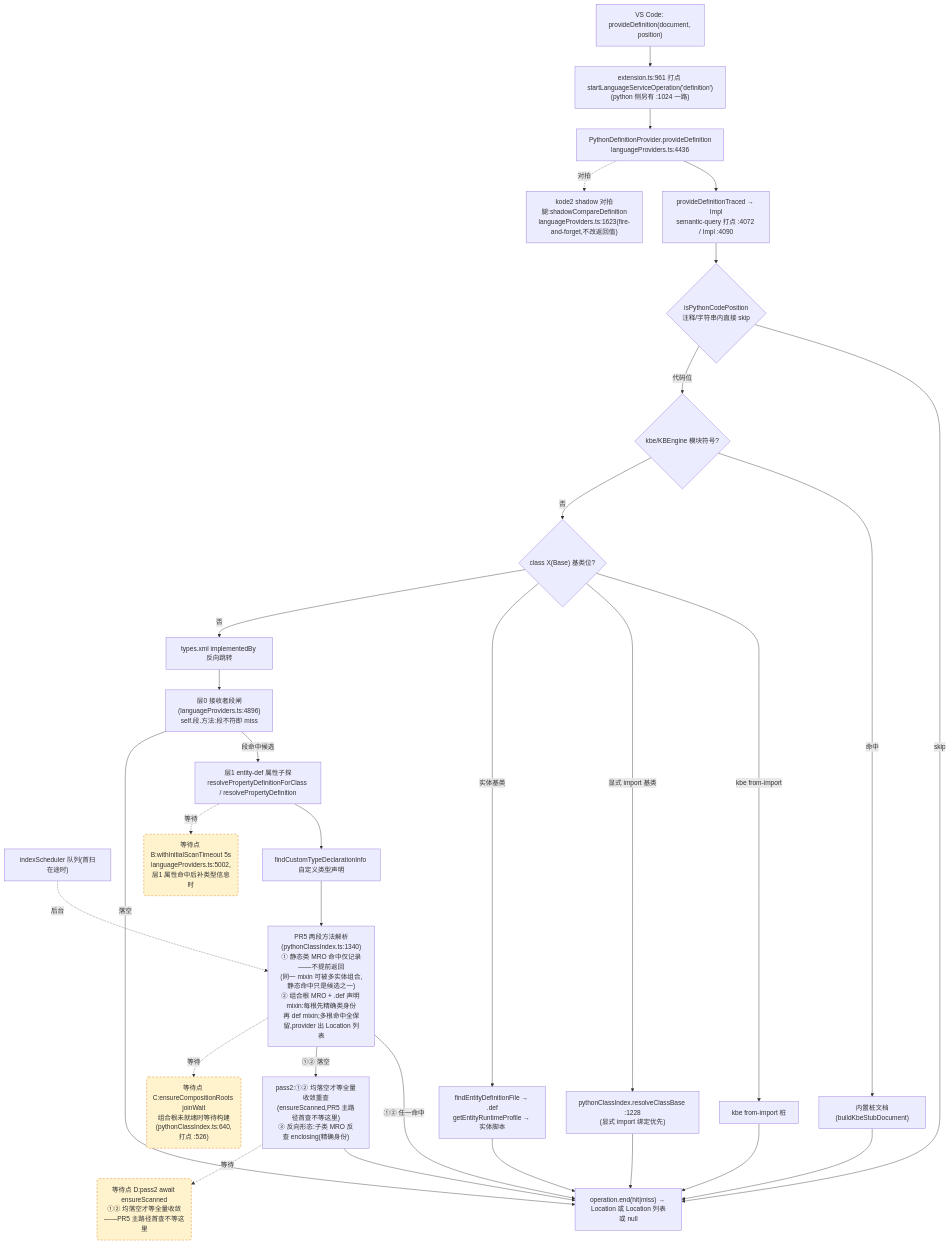
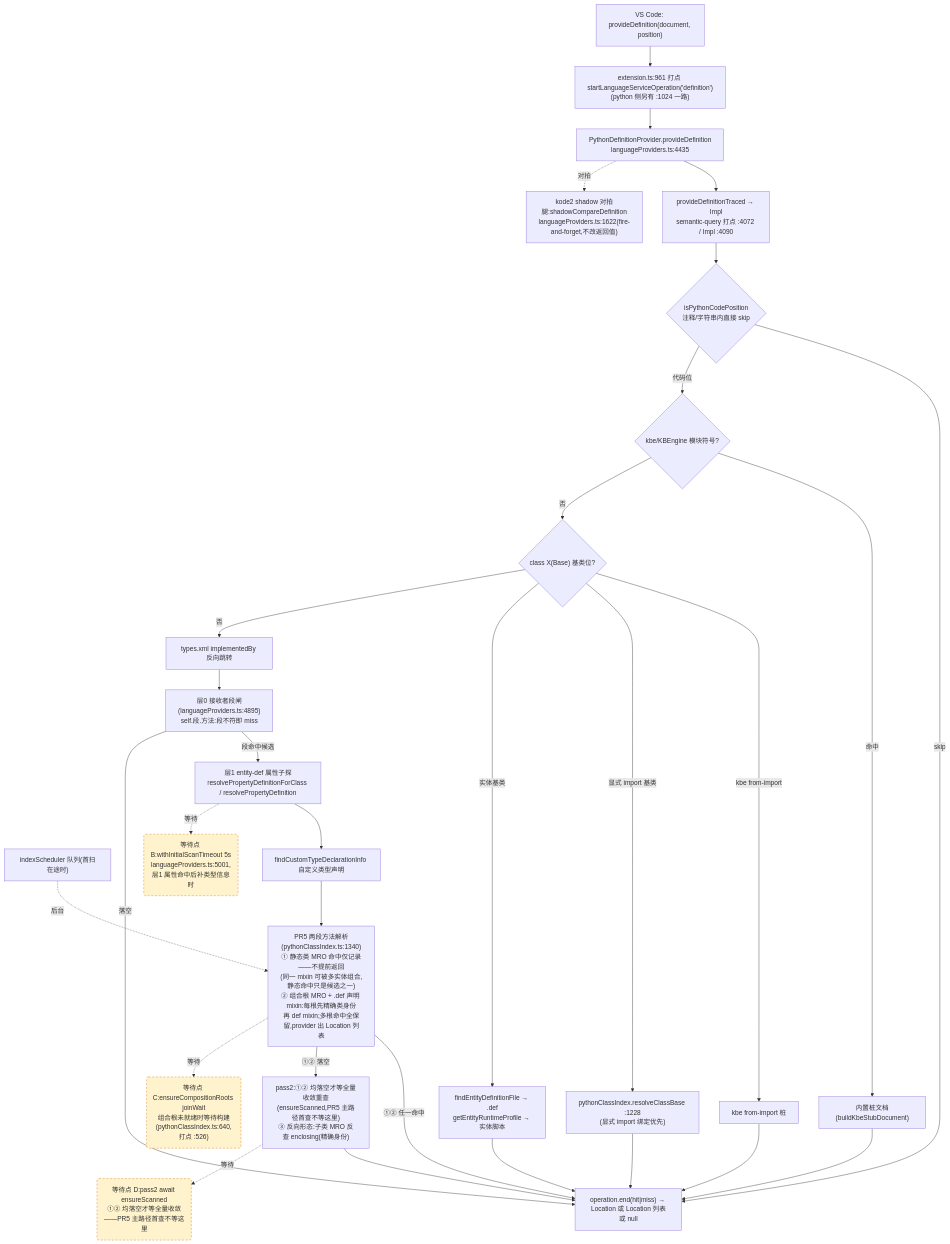
Before and after one commit to cuihairu/kode: the second of 4 diagrams in docs/perf/2026-baseline.md, drawn with Mermaid. The commit also changed other lines of this file and 4 other files, not shown here.

````diff
--- a/docs/perf/2026-baseline.md
+++ b/docs/perf/2026-baseline.md
@@ -130,51 +130,51 @@
 ```mermaid
 flowchart TD
   VC2["VS Code: provideDefinition(document, position)"]
   M2["extension.ts:961 打点 startLanguageServiceOperation('definition')<br/>(python 侧另有 :1024 一路)"]
-  AD2["PythonDefinitionProvider.provideDefinition<br/>languageProviders.ts:4436"]
+  AD2["PythonDefinitionProvider.provideDefinition<br/>languageProviders.ts:4435"]
   TR["provideDefinitionTraced → Impl<br/>semantic-query 打点 :4072 / Impl :4090"]
   CTX{"isPythonCodePosition<br/>注释/字符串内直接 skip"}
   KBE{"kbe/KBEngine 模块符号?"}
   STUB["内置桩文档(buildKbeStubDocument)"]
   CB{"class X(Base) 基类位?"}
   CB1["kbe from-import 桩"]
   CB2["pythonClassIndex.resolveClassBase :1228<br/>(显式 import 绑定优先)"]
   CB3["findEntityDefinitionFile → .def<br/>getEntityRuntimeProfile → 实体脚本"]
   REV["types.xml implementedBy 反向跳转"]
-  L0["层0 接收者段闸(languageProviders.ts:4896)<br/>self.段.方法:段不符即 miss"]
+  L0["层0 接收者段闸(languageProviders.ts:4895)<br/>self.段.方法:段不符即 miss"]
   L1["层1 entity-def 属性子探<br/>resolvePropertyDefinitionForClass / resolvePropertyDefinition"]
   SCAN["indexScheduler 队列(首扫在途时)"]
   TY["findCustomTypeDeclarationInfo 自定义类型声明"]
   MRO["PR5 两段方法解析(pythonClassIndex.ts:1340)<br/>① 静态类 MRO 命中仅记录——不提前返回<br/>(同一 mixin 可被多实体组合,静态命中只是候选之一)<br/>② 组合根 MRO + .def 声明 mixin:每根先精确类身份<br/>再 def mixin;多根命中全保留,provider 出 Location 列表"]
   PASS2["pass2:①② 均落空才等全量收敛重查<br/>(ensureScanned,PR5 主路径首查不等这里)<br/>③ 反向形态:子类 MRO 反查 enclosing(精确身份)"]
-  SHD["kode2 shadow 对拍腿:shadowCompareDefinition<br/>languageProviders.ts:1623(fire-and-forget,不改返回值)"]
+  SHD["kode2 shadow 对拍腿:shadowCompareDefinition<br/>languageProviders.ts:1622(fire-and-forget,不改返回值)"]
   END2["operation.end(hit|miss) → Location 或 Location 列表或 null"]
 
   VC2 --> M2 --> AD2 --> TR --> CTX
   CTX -- "skip" --> END2
   CTX -- "代码位" --> KBE
   KBE -- "命中" --> STUB --> END2
   KBE -- "否" --> CB
   CB -- "kbe from-import" --> CB1 --> END2
   CB -- "显式 import 基类" --> CB2 --> END2
   CB -- "实体基类" --> CB3 --> END2
   CB -- "否" --> REV --> L0
   L0 -- "段命中候选" --> L1
   L0 -- "落空" --> END2
   L1 --> TY
   TY --> MRO
   MRO -- "①② 任一命中" --> END2
   MRO -- "①② 落空" --> PASS2 --> END2
   AD2 -.->|对拍| SHD
 
-  WAITB("等待点 B:withInitialScanTimeout 5s<br/>languageProviders.ts:5002,层1 属性命中后补类型信息时")
+  WAITB("等待点 B:withInitialScanTimeout 5s<br/>languageProviders.ts:5001,层1 属性命中后补类型信息时")
   WAITC("等待点 C:ensureCompositionRoots joinWait<br/>组合根未就绪时等待构建(pythonClassIndex.ts:640,打点 :526)")
   WAITD("等待点 D:pass2 await ensureScanned<br/>①② 均落空才等全量收敛——PR5 主路径首查不等这里")
   L1 -.->|等待| WAITB
   MRO -.->|等待| WAITC
   PASS2 -.->|等待| WAITD
   SCAN -.->|后台| MRO
 
   classDef waitPoint fill:#fff3cd,stroke:#d97706,stroke-dasharray:5 4;
   class WAITB,WAITC,WAITD waitPoint;
 ```
````
